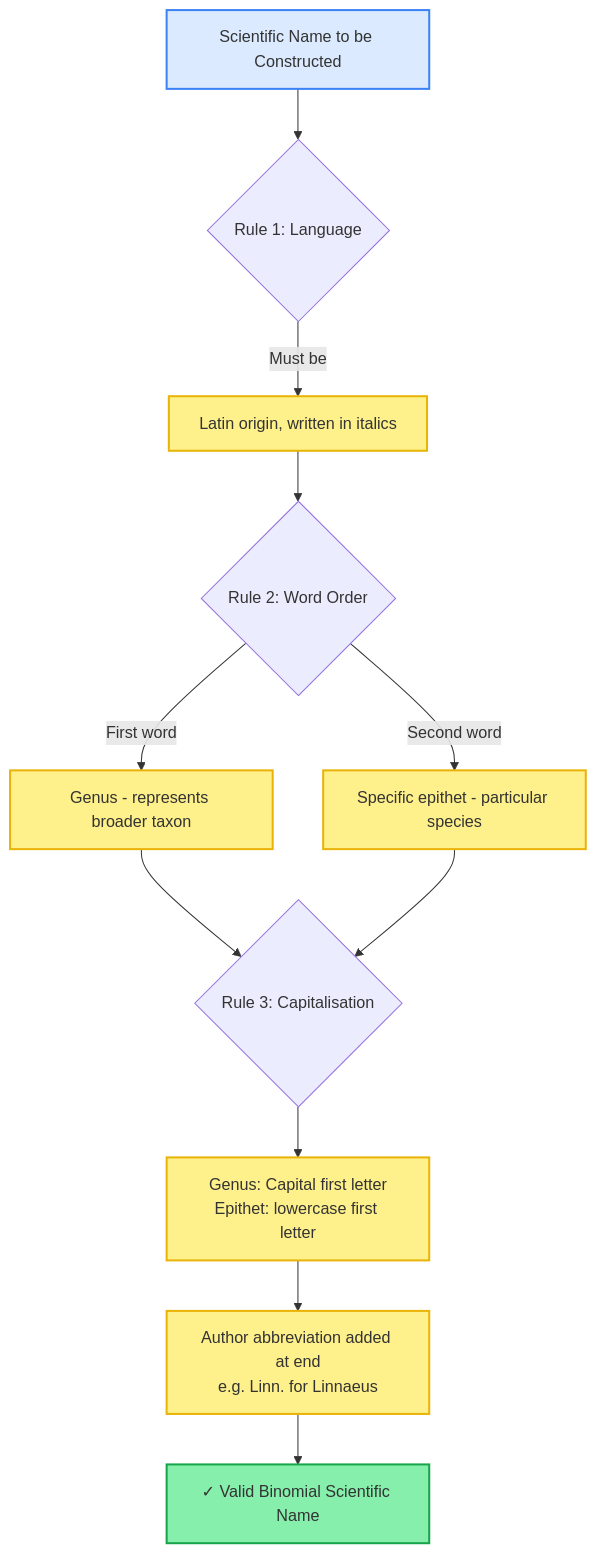
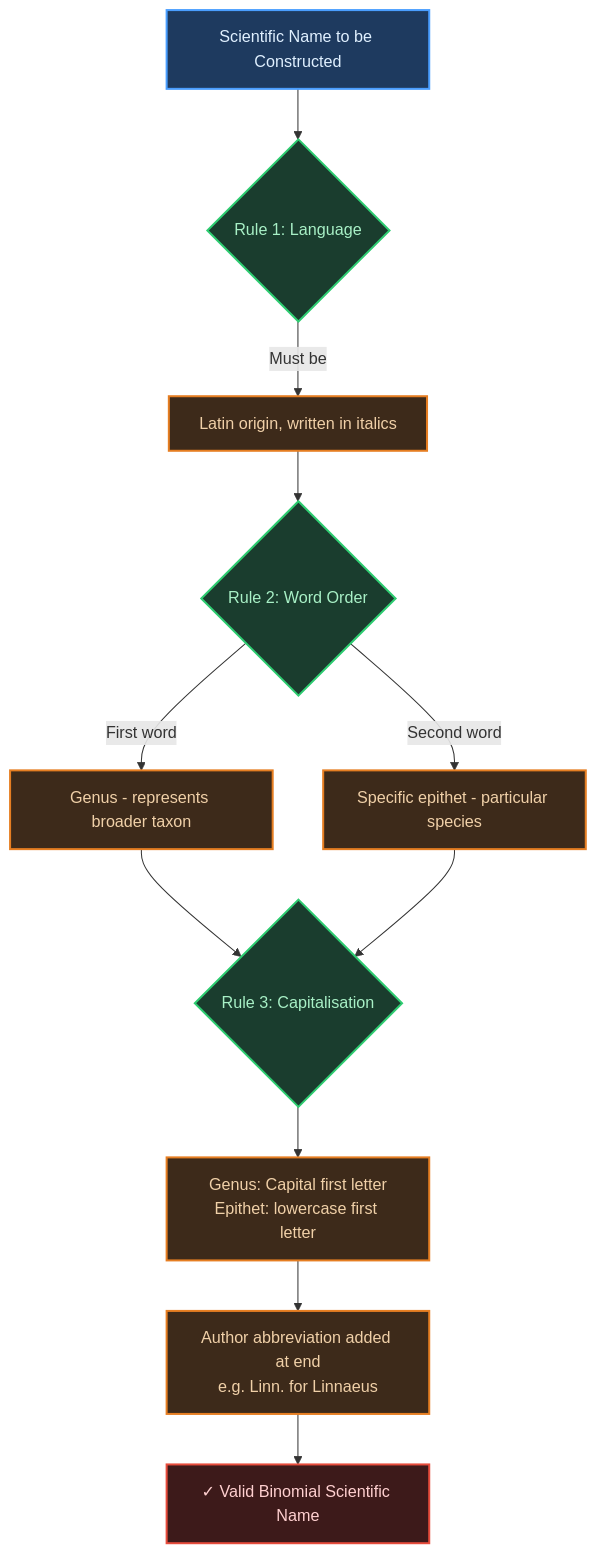
Before and after one commit to fsr-science/NoteBooks-Science-Legacy: the third of 5 diagrams in AI-NOTES/BIOLOGY/BIOLOGY01-THE_LIVING_WORLD/BIOLOGY01-THE_LIVING_WORLD-NOTES.md, drawn with Mermaid. The commit also changed other lines of this file and 3 other files, not shown here.

````diff
--- a/AI-NOTES/BIOLOGY/BIOLOGY01-THE_LIVING_WORLD/BIOLOGY01-THE_LIVING_WORLD-NOTES.md
+++ b/AI-NOTES/BIOLOGY/BIOLOGY01-THE_LIVING_WORLD/BIOLOGY01-THE_LIVING_WORLD-NOTES.md
@@ -158,21 +139,24 @@
 ```mermaid
 flowchart TD
     Start[Scientific Name to be Constructed] --> R1{Rule 1: Language}
     R1 -->|Must be| Latin[Latin origin, written in italics]
     Latin --> R2{Rule 2: Word Order}
     R2 -->|First word| Genus[Genus - represents broader taxon]
     R2 -->|Second word| Epithet[Specific epithet - particular species]
     Genus --> R3{Rule 3: Capitalisation}
     Epithet --> R3
     R3 --> Final[Genus: Capital first letter<br/>Epithet: lowercase first letter]
     Final --> Author[Author abbreviation added at end<br/>e.g. Linn. for Linnaeus]
     Author --> Valid[✓ Valid Binomial Scientific Name]
 
-    style Start fill:#dbeafe,stroke:#3b82f6,stroke-width:2px
-    style Latin fill:#fef08a,stroke:#eab308,stroke-width:2px
-    style Genus fill:#fef08a,stroke:#eab308,stroke-width:2px
-    style Epithet fill:#fef08a,stroke:#eab308,stroke-width:2px
-    style Final fill:#fef08a,stroke:#eab308,stroke-width:2px
-    style Author fill:#fef08a,stroke:#eab308,stroke-width:2px
-    style Valid fill:#86efac,stroke:#16a34a,stroke-width:2px
+    style Start fill:#1e3a5f,color:#e0f0ff,stroke:#4a9eff,stroke-width:2px
+    style Latin fill:#3d2a1a,color:#f0d0a8,stroke:#e67e22,stroke-width:2px
+    style Genus fill:#3d2a1a,color:#f0d0a8,stroke:#e67e22,stroke-width:2px
+    style Epithet fill:#3d2a1a,color:#f0d0a8,stroke:#e67e22,stroke-width:2px
+    style Final fill:#3d2a1a,color:#f0d0a8,stroke:#e67e22,stroke-width:2px
+    style R1 fill:#1a3d2e,color:#a8f0c6,stroke:#2ecc71,stroke-width:2px
+    style R2 fill:#1a3d2e,color:#a8f0c6,stroke:#2ecc71,stroke-width:2px
+    style R3 fill:#1a3d2e,color:#a8f0c6,stroke:#2ecc71,stroke-width:2px
+    style Author fill:#3d2a1a,color:#f0d0a8,stroke:#e67e22,stroke-width:2px
+    style Valid fill:#3d1a1a,color:#ffd0d0,stroke:#e74c3c,stroke-width:2px
 ```
````
